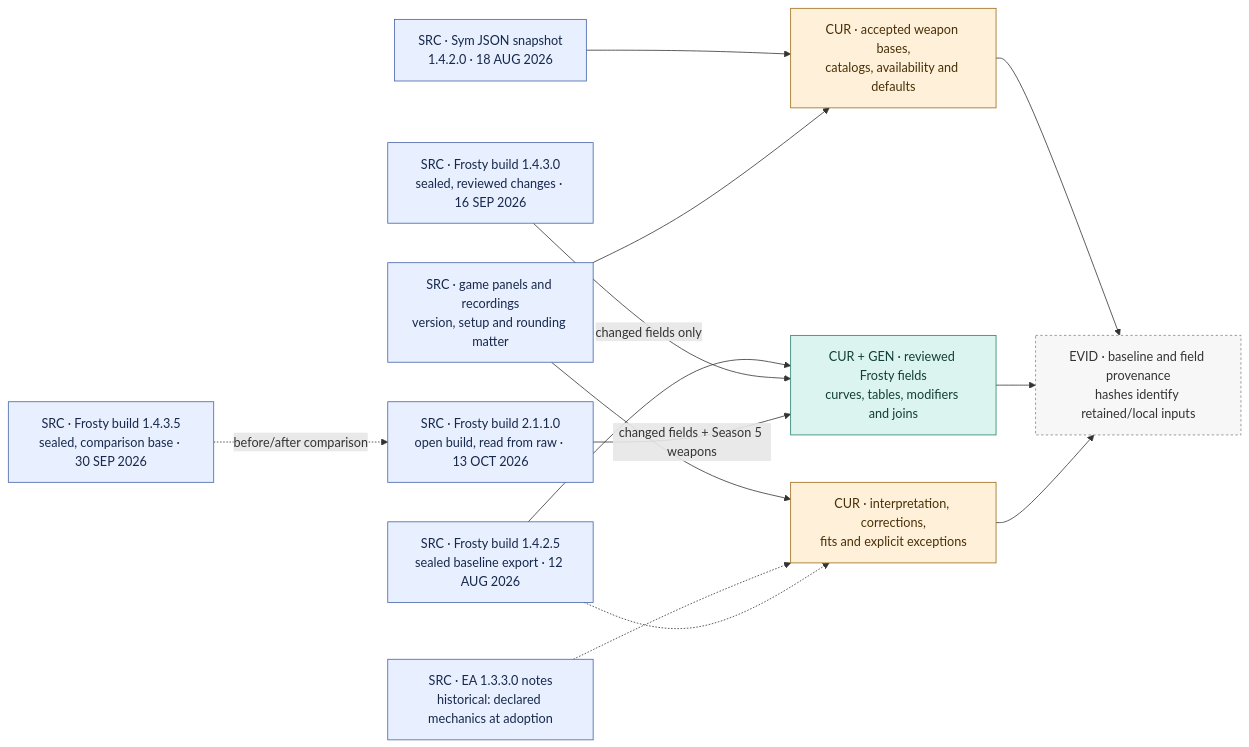
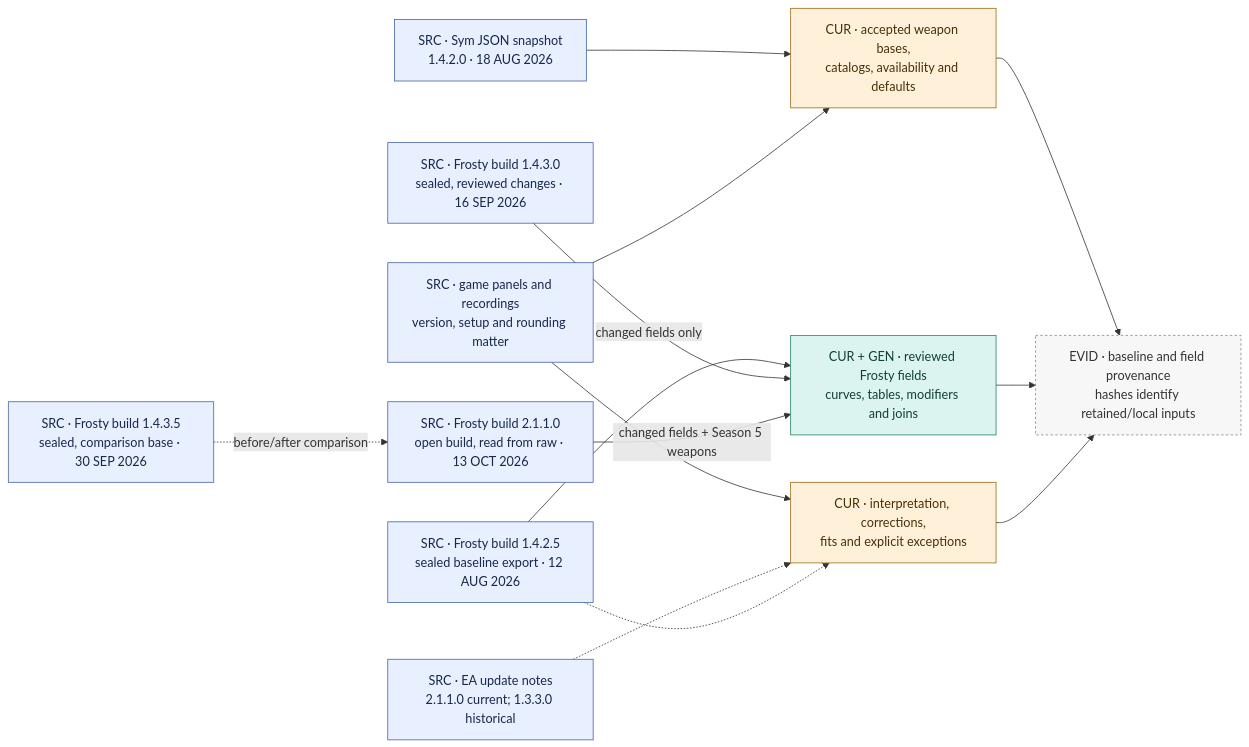
The first of 6 diagrams in docs/data-flow/SOURCES.md (raymdl/BF6-Weapon-Analyzer), drawn with Mermaid before and after one commit. The commit also changed other lines of this file and 4 other files, not shown here.

````diff
--- a/docs/data-flow/SOURCES.md
+++ b/docs/data-flow/SOURCES.md
@@ -9,30 +9,30 @@
 ```mermaid
 flowchart LR
     SY["SRC · Sym JSON snapshot<br/>1.4.2.0 · 18 AUG 2026"]:::src
-    EA["SRC · EA 1.3.3.0 notes<br/>historical: declared mechanics at adoption"]:::src
+    EA["SRC · EA update notes<br/>2.1.1.0 current; 1.3.3.0 historical"]:::src
     FX["SRC · Frosty build 1.4.2.5<br/>sealed baseline export · 12 AUG 2026"]:::src
     F3["SRC · Frosty build 1.4.3.0<br/>sealed, reviewed changes · 16 SEP 2026"]:::src
     F35["SRC · Frosty build 1.4.3.5<br/>sealed, comparison base · 30 SEP 2026"]:::src
     F21["SRC · Frosty build 2.1.1.0<br/>open build, read from raw · 13 OCT 2026"]:::src
     GP["SRC · game panels and recordings<br/>version, setup and rounding matter"]:::src
     WB["CUR · accepted weapon bases,<br/>catalogs, availability and defaults"]:::cur
     FL["CUR + GEN · reviewed Frosty fields<br/>curves, tables, modifiers and joins"]:::gen
     MP["CUR · interpretation, corrections,<br/>fits and explicit exceptions"]:::cur
     EV["EVID · baseline and field provenance<br/>hashes identify retained/local inputs"]:::ev
     SY --> WB
     FX --> FL
     F3 -->|changed fields only| FL
     F35 -.->|before/after comparison| F21
     F21 -->|changed fields + Season 5 weapons| FL
     GP --> WB
     GP --> MP
     EA -.-> MP
     FX -.-> MP
     WB --> EV
     FL --> EV
     MP --> EV
     classDef src fill:#e8efff,stroke:#4463a6,color:#16284c
     classDef cur fill:#fff1d9,stroke:#9c6b17,color:#492f08
     classDef gen fill:#dcf4ef,stroke:#27806c,color:#123f35
     classDef ev fill:#f7f7f7,stroke:#858585,color:#333333,stroke-dasharray:3 3
 ```
````
